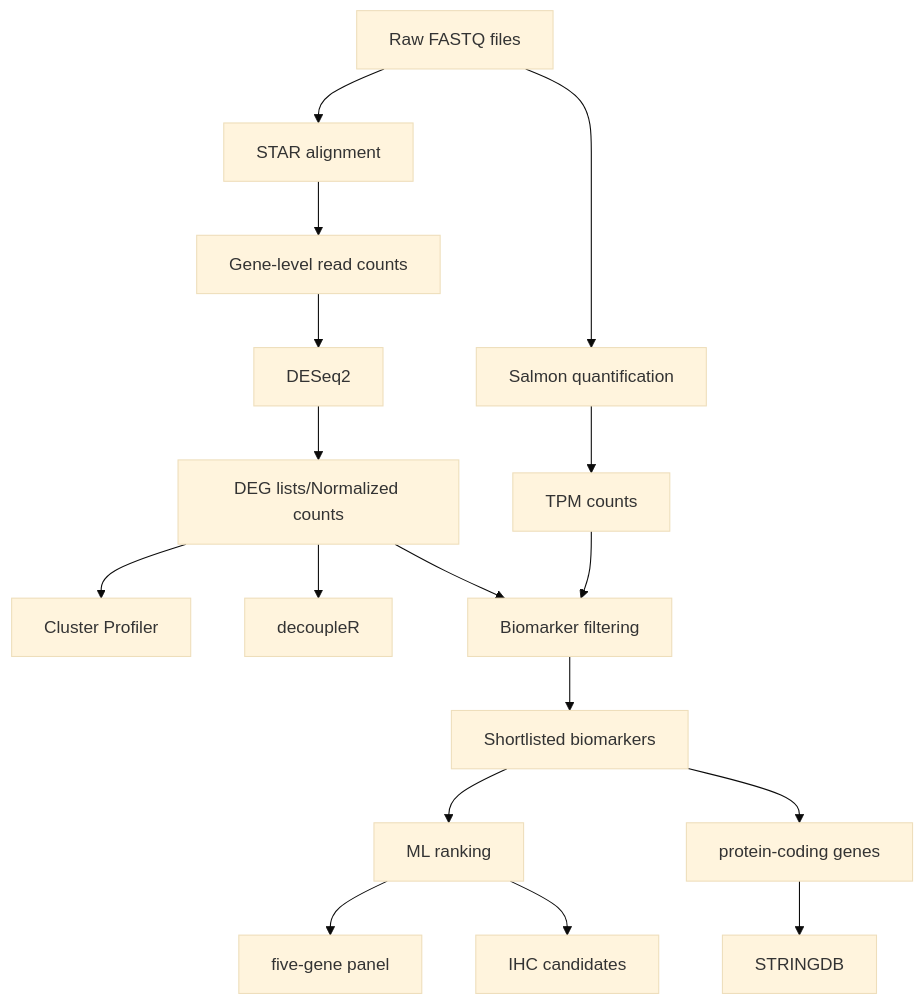
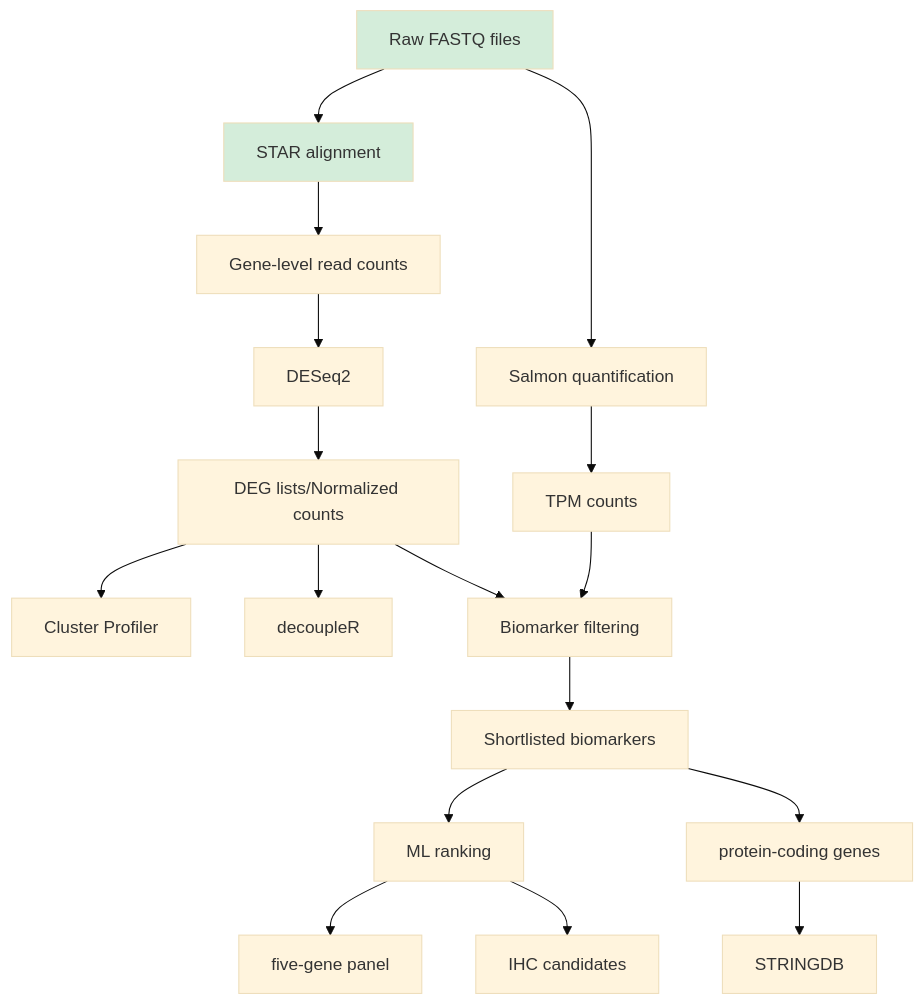
Before and after one commit to tudumanne/BulkRNAseq_Barretts: the diagram in README.md, drawn with Mermaid (base theme).

Commit message:
Updated main workflow diagram

````diff
--- a/README.md
+++ b/README.md
@@ -15,19 +15,24 @@
 ``` mermaid
 graph TD; 
-    A[Raw FASTQ files]-->B[STAR alignment];
+    classDef method fill:#d4edda;
+    classDef input fill:#d4edda;
+    classDef output1 fill:#f8d7da;
+    classDef output2 fill:#f8d7da;
+    
+    A[Raw FASTQ files]:::input-->B[STAR alignment]:::method;
     A-->C[Salmon quantification];
     B-->D[Gene-level read counts];
     D-->E[DESeq2];
     E-->F[DEG lists/Normalized counts];
     F-->G[Cluster Profiler];
     F-->H[decoupleR]; 
     C-->I[TPM counts];
     F-->J[Biomarker filtering];
     I-->J;
     J-->K[Shortlisted biomarkers]
     K-->L[ML ranking];
     K-->M[protein-coding genes]
     M-->N[STRINGDB];
     L-->O[five-gene panel];
     L-->P[IHC candidates];
 ```
````
